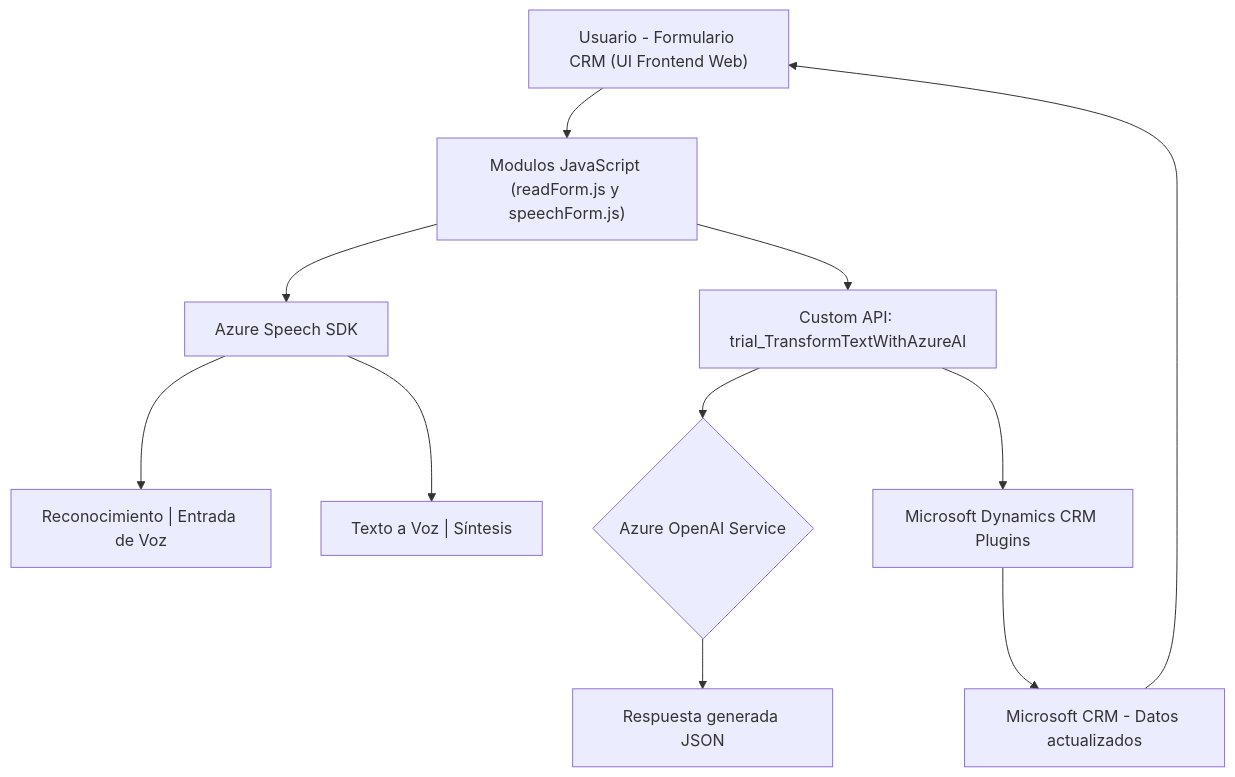
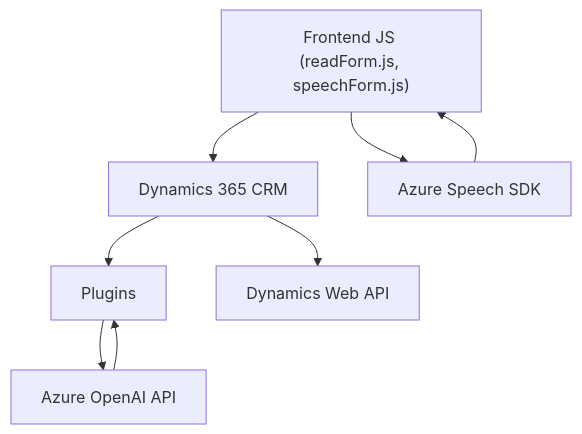
One commit to blopezdm/NETCORE_BILBAO2025 changed the diagram in README.md. Above: the diagram before and after it, drawn with Mermaid. The commit also changed other lines of this file, not shown here.

````diff
--- a/README.md
+++ b/README.md
@@ -35,13 +63,10 @@
 ```mermaid
 graph TD
-    A["Usuario - Formulario CRM (UI Frontend Web)"] --> B["Modulos JavaScript (readForm.js y speechForm.js)"]
-    B --> C["Azure Speech SDK"]
-    C --> D["Reconocimiento | Entrada de Voz"]
-    C --> E["Texto a Voz | Síntesis"]
-    B --> F["Custom API: trial_TransformTextWithAzureAI"]
-    F --> G{"Azure OpenAI Service"}
-    F --> H["Microsoft Dynamics CRM Plugins"]
-    G --> I["Respuesta generada JSON"]
-    H --> J["Microsoft CRM - Datos actualizados"]
-    J --> A
+    A["Frontend JS (readForm.js, speechForm.js)"] --> B["Dynamics 365 CRM"]
+    B --> C["Plugins"]
+    B --> D["Dynamics Web API"]
+    A --> E["Azure Speech SDK"]
+    C --> F["Azure OpenAI API"]
+    E --> A
+    F --> C
 ```
````
